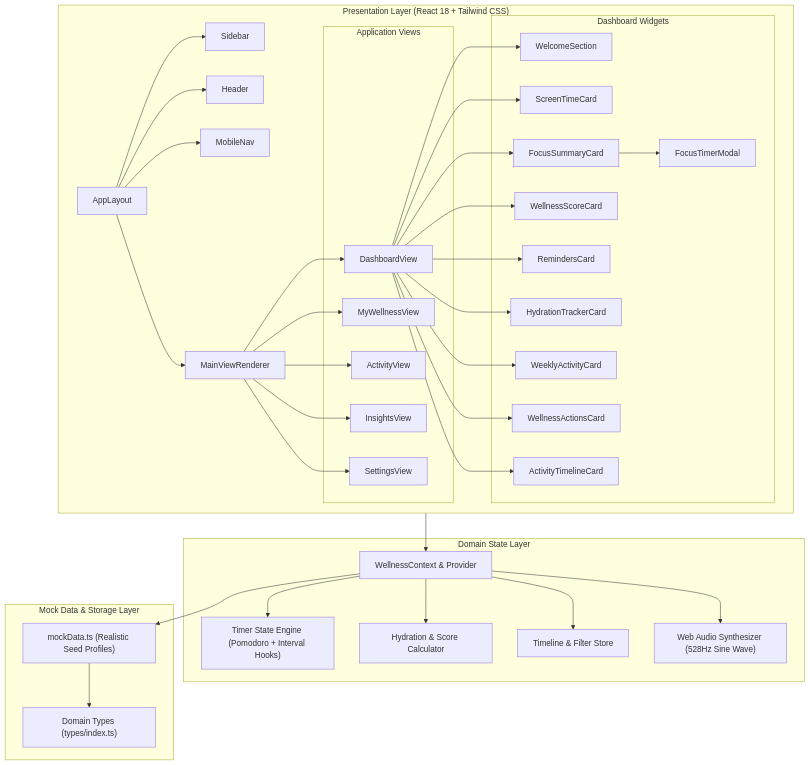
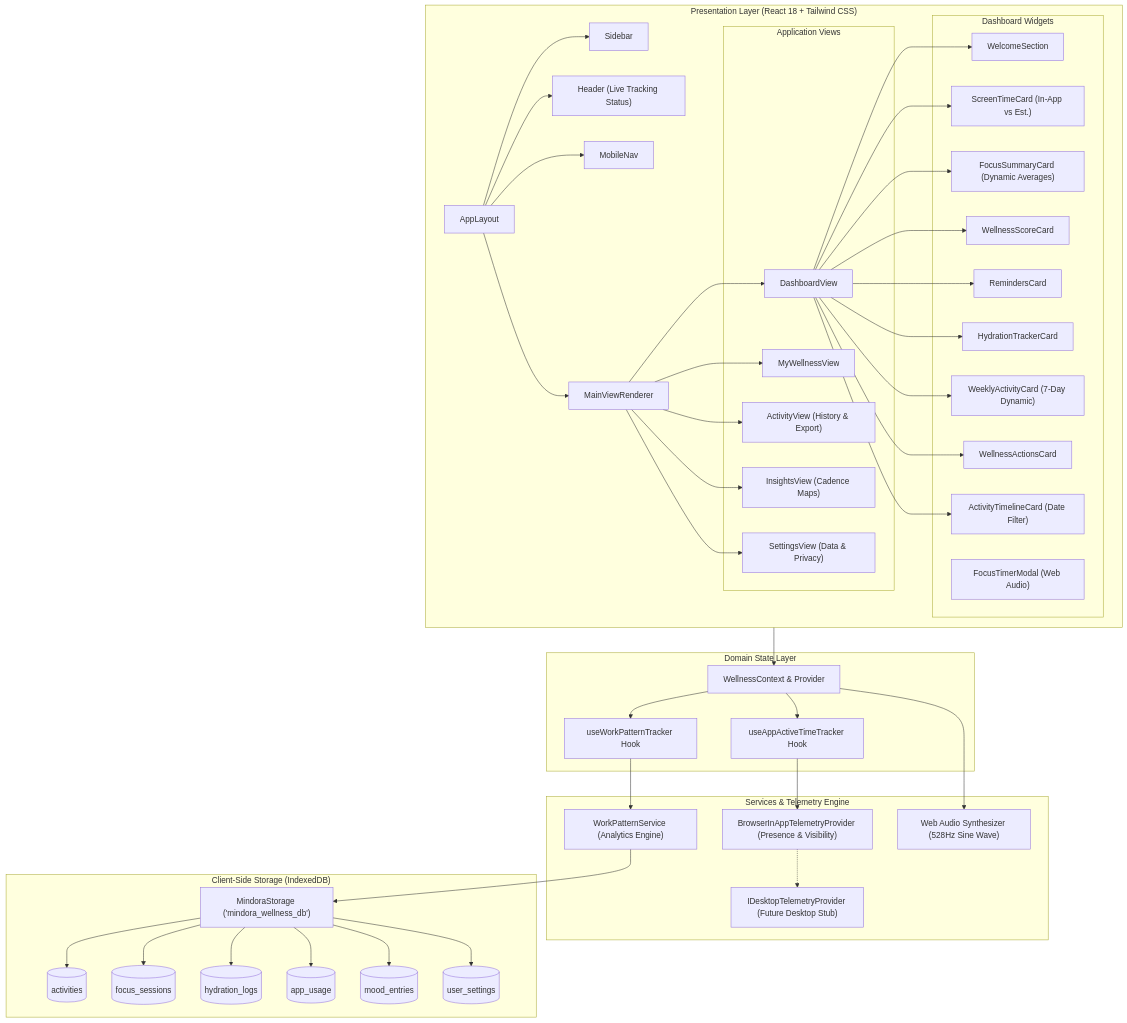
Before and after one commit to Nataraj-EL/mindora: the diagram in docs/architecture.md, drawn with Mermaid. The commit also changed other lines of this file and 17 other files, not shown here.

Commit message:
feat: implement Mindora work pattern tracking

````diff
--- a/docs/architecture.md
+++ b/docs/architecture.md
@@ -22,57 +23,67 @@
 ```mermaid
 flowchart TD
     subgraph UI_Layer ["Presentation Layer (React 18 + Tailwind CSS)"]
         AL["AppLayout"]
         SB["Sidebar"]
-        HD["Header"]
+        HD["Header (Live Tracking Status)"]
         MN["MobileNav"]
         VR["MainViewRenderer"]
         
         subgraph Views ["Application Views"]
             DV["DashboardView"]
             WV["MyWellnessView"]
-            AV["ActivityView"]
-            IV["InsightsView"]
-            SV["SettingsView"]
+            AV["ActivityView (History & Export)"]
+            IV["InsightsView (Cadence Maps)"]
+            SV["SettingsView (Data & Privacy)"]
         end
         
         subgraph DashboardComponents ["Dashboard Widgets"]
             WS["WelcomeSection"]
-            ST["ScreenTimeCard"]
-            FS["FocusSummaryCard"]
-            FT["FocusTimerModal"]
+            ST["ScreenTimeCard (In-App vs Est.)"]
+            FS["FocusSummaryCard (Dynamic Averages)"]
+            FT["FocusTimerModal (Web Audio)"]
             WSC["WellnessScoreCard"]
             RC["RemindersCard"]
             HC["HydrationTrackerCard"]
-            WAC["WeeklyActivityCard"]
+            WAC["WeeklyActivityCard (7-Day Dynamic)"]
             WRA["WellnessActionsCard"]
-            AT["ActivityTimelineCard"]
+            AT["ActivityTimelineCard (Date Filter)"]
         end
     end
 
     subgraph State_Layer ["Domain State Layer"]
         WC["WellnessContext & Provider"]
-        FTM["Timer State Engine (Pomodoro + Interval Hooks)"]
-        HLM["Hydration & Score Calculator"]
-        TLM["Timeline & Filter Store"]
+        UAT["useAppActiveTimeTracker Hook"]
+        WPT["useWorkPatternTracker Hook"]
+    end
+
+    subgraph Service_Layer ["Services & Telemetry Engine"]
+        WPS["WorkPatternService (Analytics Engine)"]
+        BTP["BrowserInAppTelemetryProvider (Presence & Visibility)"]
+        ITP["IDesktopTelemetryProvider (Future Desktop Stub)"]
         AUD["Web Audio Synthesizer (528Hz Sine Wave)"]
     end
 
-    subgraph Data_Layer ["Mock Data & Storage Layer"]
-        MD["mockData.ts (Realistic Seed Profiles)"]
-        DT["Domain Types (types/index.ts)"]
+    subgraph Storage_Layer ["Client-Side Storage (IndexedDB)"]
+        IDB["MindoraStorage ('mindora_wellness_db')"]
+        S1[("activities")]
+        S2[("focus_sessions")]
+        S3[("hydration_logs")]
+        S4[("app_usage")]
+        S5[("mood_entries")]
+        S6[("user_settings")]
     end
 
-    AL --> SB
-    AL --> HD
-    AL --> MN
-    AL --> VR
+    AL --> SB & HD & MN & VR
     VR --> DV & WV & AV & IV & SV
     DV --> WS & ST & FS & WSC & RC & HC & WAC & WRA & AT
-    FS --> FT
     
     UI_Layer --> WC
-    WC --> FTM & HLM & TLM & AUD
-    WC --> MD
-    MD --> DT
+    WC --> UAT & WPT
+    UAT --> BTP
+    WPT --> WPS
+    BTP -.-> ITP
+    WPS --> IDB
+    IDB --> S1 & S2 & S3 & S4 & S5 & S6
+    WC --> AUD
 ```
````
